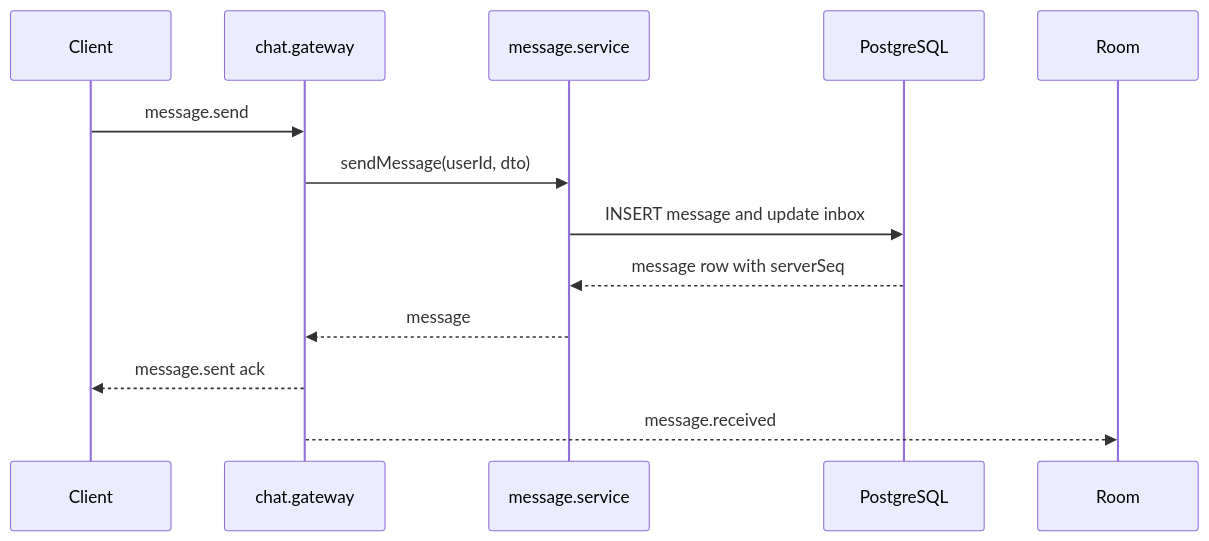
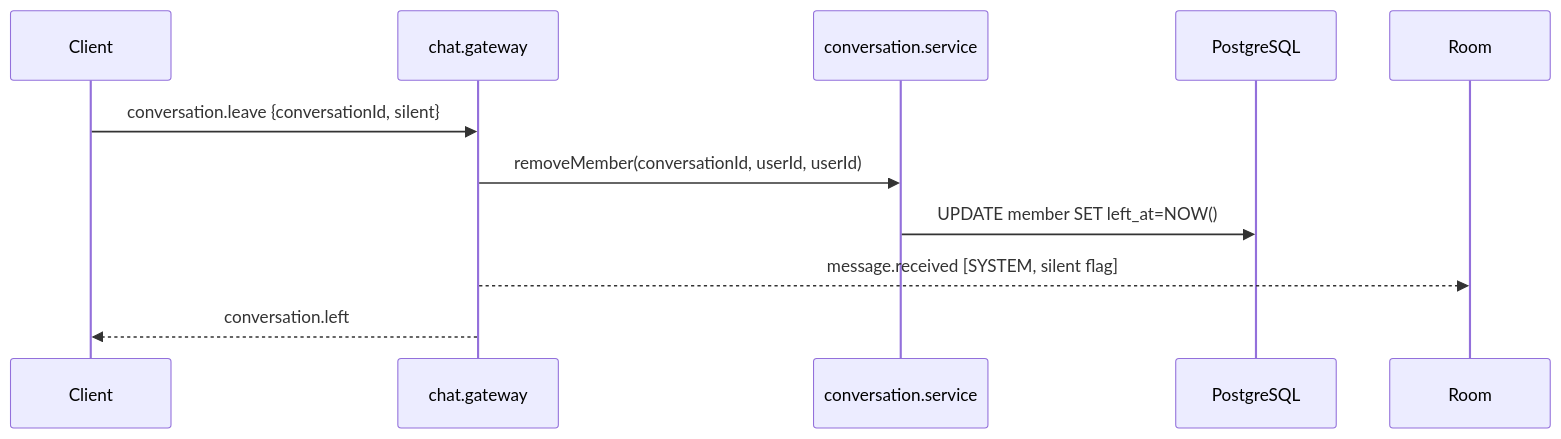
One commit to CNM-DHKTPM18A-2526/CNM-VNALO changed the first of 3 diagrams in docs/sdd/layer-2/MODULE_SPEC_CHAT.md. Above: the diagram before and after it, drawn with Mermaid. The commit also changed other lines of this file and 2 other files, not shown here.

````diff
--- a/docs/sdd/layer-2/MODULE_SPEC_CHAT.md
+++ b/docs/sdd/layer-2/MODULE_SPEC_CHAT.md
@@ -72,15 +105,13 @@
 ```mermaid
 sequenceDiagram
-    participant C as Client
-    participant GW as chat.gateway
-    participant MS as message.service
-    participant DB as PostgreSQL
+  participant C as Client
+  participant GW as chat.gateway
+  participant CS as conversation.service
+  participant DB as PostgreSQL
 
-    C->>GW: message.send
-    GW->>MS: sendMessage(userId, dto)
-    MS->>DB: INSERT message and update inbox
-    DB-->>MS: message row with serverSeq
-    MS-->>GW: message
-    GW-->>C: message.sent ack
-    GW-->>Room: message.received
+  C->>GW: conversation.leave {conversationId, silent}
+  GW->>CS: removeMember(conversationId, userId, userId)
+  CS->>DB: UPDATE member SET left_at=NOW()
+  GW-->>Room: message.received [SYSTEM, silent flag]
+  GW-->>C: conversation.left
 ```
````
